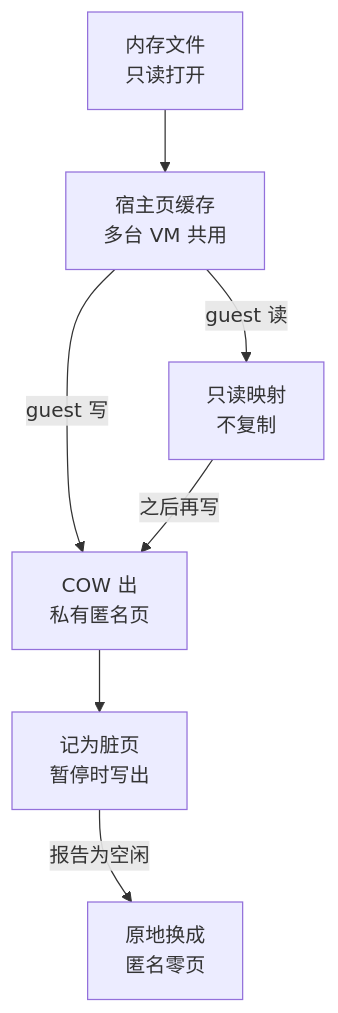
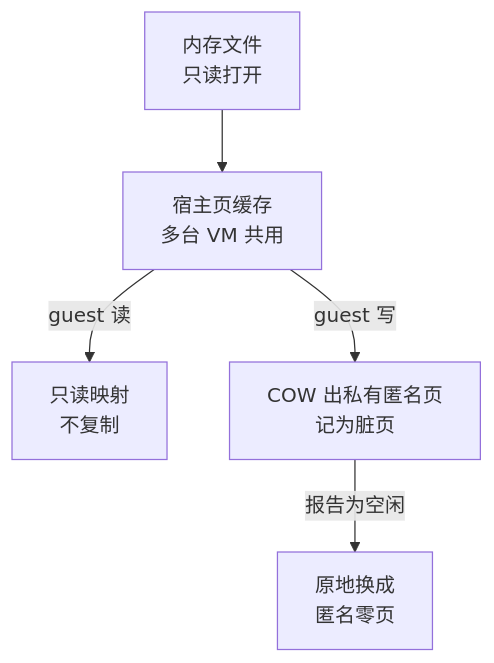
One commit to AustinJiangg/ai-books changed the first of 2 diagrams in agentenv/03-firecracker-for-agentenv.md. Above: the diagram before and after it, drawn with Mermaid. The commit also changed 6 other files, not shown here.

````diff
--- a/agentenv/03-firecracker-for-agentenv.md
+++ b/agentenv/03-firecracker-for-agentenv.md
@@ -95,10 +95,7 @@
 ```mermaid
 flowchart TB
     F["内存文件<br/>只读打开"] --> PC["宿主页缓存<br/>多台 VM 共用"]
     PC -->|"guest 读"| R["只读映射<br/>不复制"]
-    PC -->|"guest 写"| W["COW 出<br/>私有匿名页"]
-    R -->|"之后再写"| W
-    W --> A["记为脏页<br/>暂停时写出"]
-    A -->|"报告为空闲"| Z["原地换成<br/>匿名零页"]
-    R ~~~ Z
+    PC -->|"guest 写"| W["COW 出私有匿名页<br/>记为脏页"]
+    W -->|"报告为空闲"| Z["原地换成<br/>匿名零页"]
 ```
````
